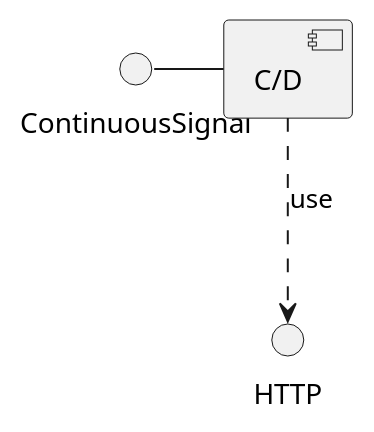
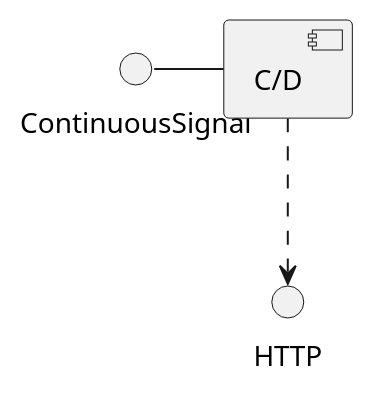
The diagram in Engineering/Signal-Processing/Digital signal processing.md (ashwinreddy/wiki), drawn with PlantUML before and after one commit.

Commit message:
Updated Digital signal processing.md (markdown)

```diff
--- a/Engineering/Signal-Processing/Digital signal processing.md
+++ b/Engineering/Signal-Processing/Digital signal processing.md
@@ -6,4 +6,4 @@
 @startuml
 ContinuousSignal - [C/D]
-[C/D] ..> HTTP : use
+[C/D] ..> HTTP 
 @enduml
```
